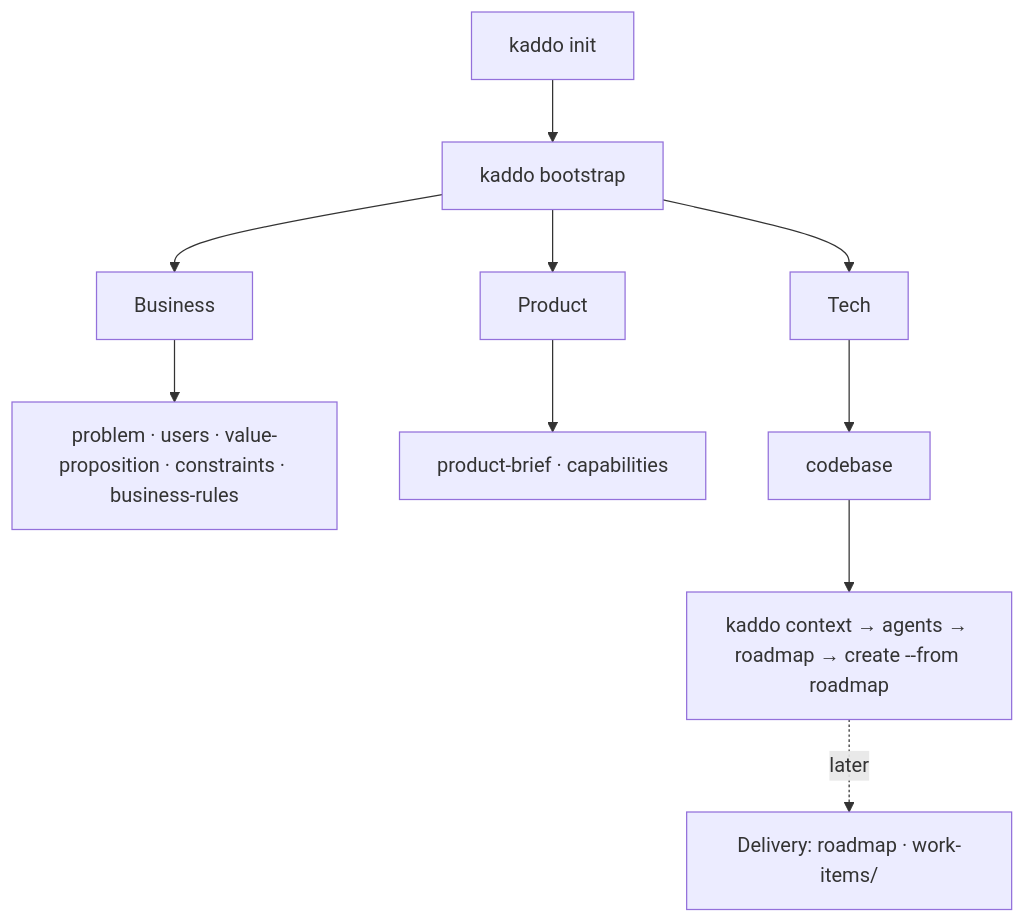
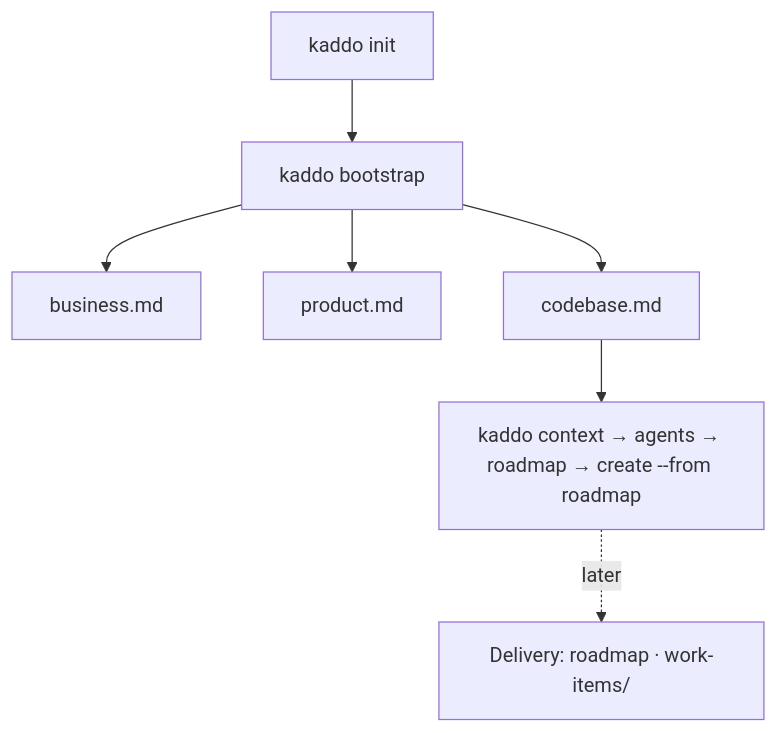
The diagram in apps/docs/src/content/docs/commands/bootstrap.md (Kaddo-kdd/kaddo), drawn with Mermaid before and after one commit. The commit also changed other lines of this file and 6 other files, not shown here.

````diff
--- a/apps/docs/src/content/docs/commands/bootstrap.md
+++ b/apps/docs/src/content/docs/commands/bootstrap.md
@@ -26,12 +26,9 @@
 ```mermaid
 flowchart TD
     A[kaddo init] --> B[kaddo bootstrap]
-    B --> C[Business]
-    C --> C1[problem · users · value-proposition · constraints · business-rules]
-    B --> D[Product]
-    D --> D1[product-brief · capabilities]
-    B --> E[Tech]
-    E --> E1[codebase]
-    E1 --> G[kaddo context → agents → roadmap → create --from roadmap]
+    B --> C[business.md]
+    B --> D[product.md]
+    B --> E[codebase.md]
+    E --> G[kaddo context → agents → roadmap → create --from roadmap]
     G -.later.-> H[Delivery: roadmap · work-items/]
 ```
````
